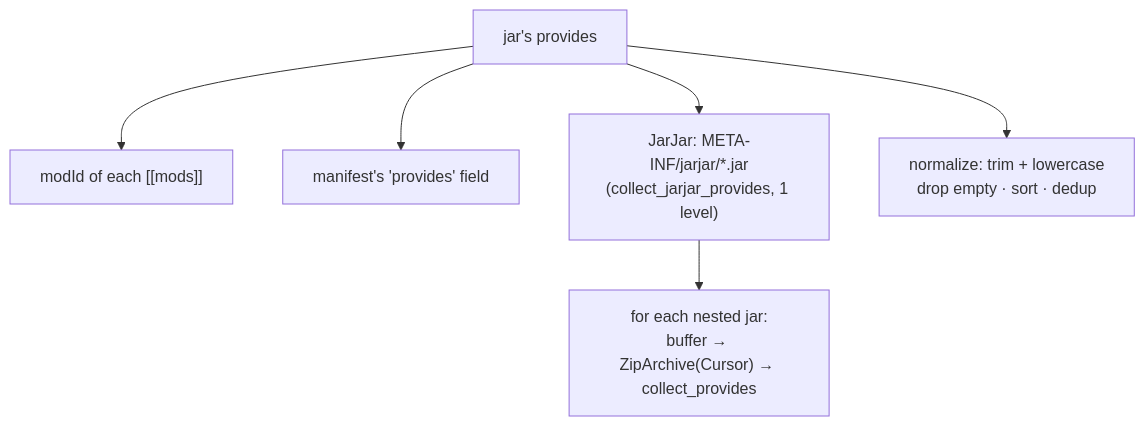
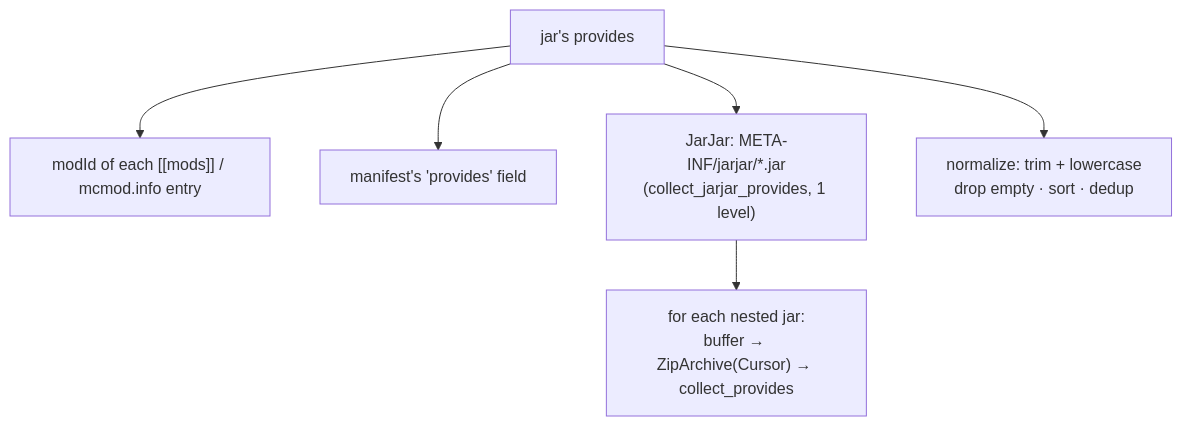
The fourth of 5 diagrams in docs/en/technical/06-scansione.md (Alexkill536ITA/ForgeModpack), drawn with Mermaid before and after one commit. The commit also changed other lines of this file and 21 other files, not shown here.

````diff
--- a/docs/en/technical/06-scansione.md
+++ b/docs/en/technical/06-scansione.md
@@ -71,8 +136,8 @@
 ```mermaid
 graph TD
-    P["jar's provides"] --> M1["modId of each [[mods]]"]
+    P["jar's provides"] --> M1["modId of each [[mods]] / mcmod.info entry"]
     P --> M2["manifest's 'provides' field"]
     P --> M3["JarJar: META-INF/jarjar/*.jar<br/>(collect_jarjar_provides, 1 level)"]
     M3 --> N["for each nested jar:<br/>buffer → ZipArchive(Cursor) → collect_provides"]
     P --> Norm["normalize: trim + lowercase<br/>drop empty · sort · dedup"]
 ```
````
